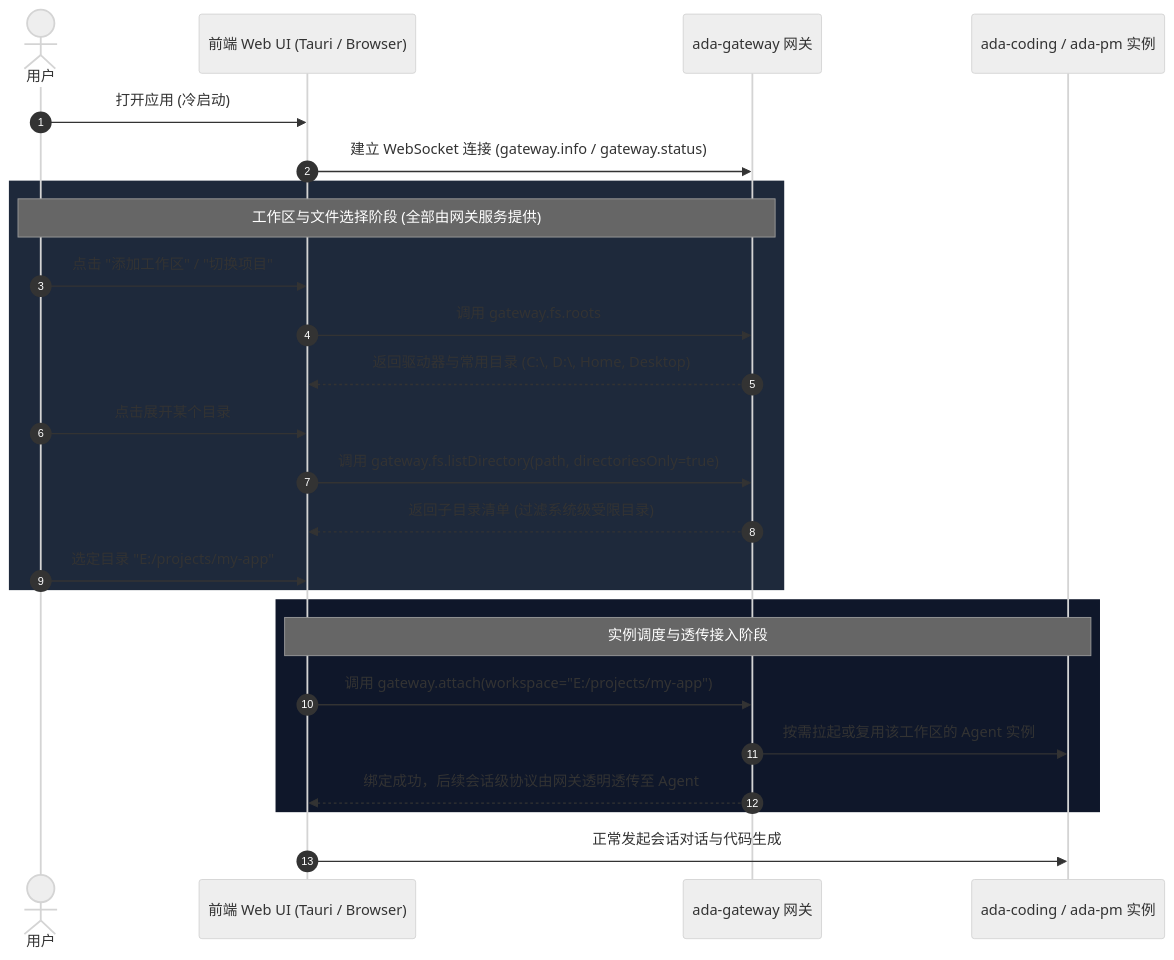
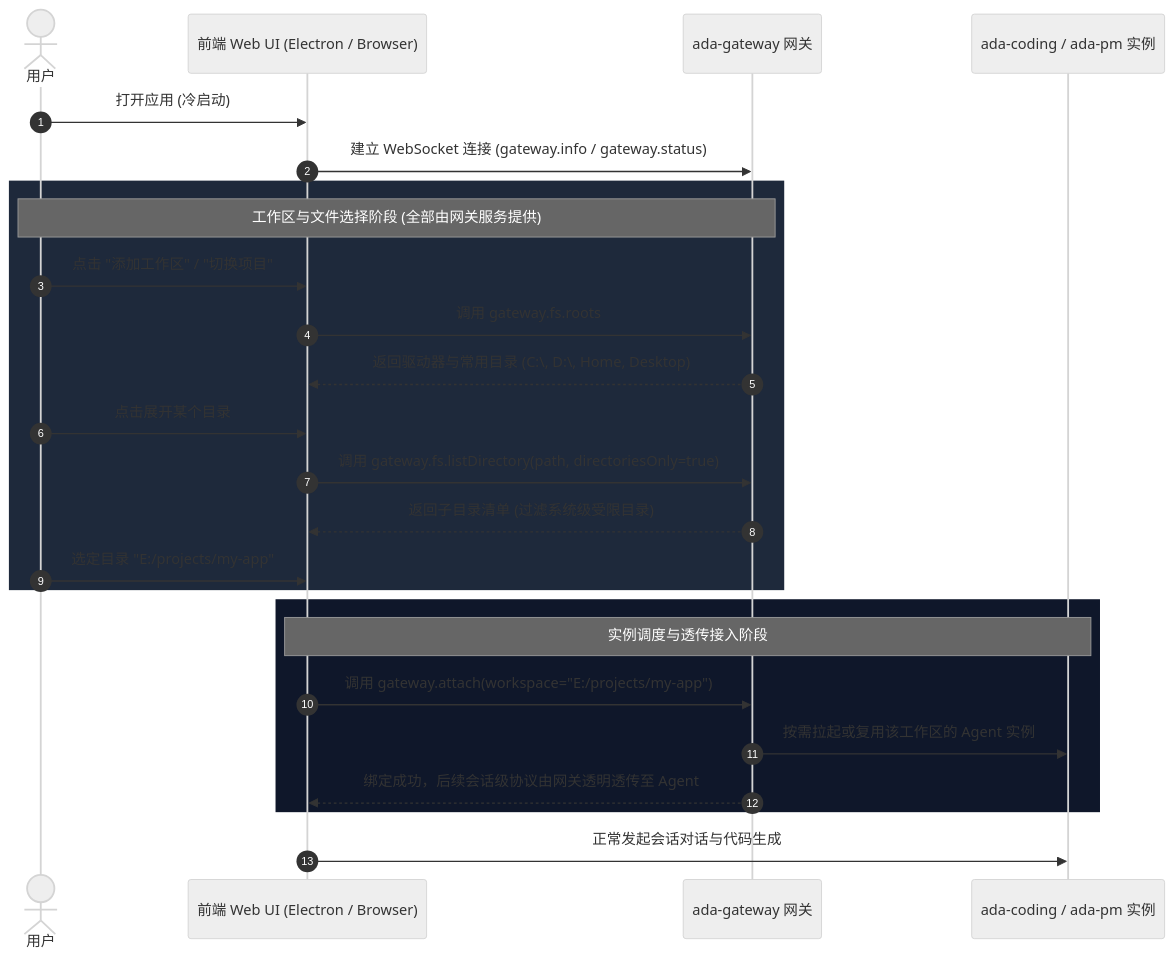
Before and after one commit to issueye/a_da: the first of 2 diagrams in docs/gateway-workspace-and-thin-client-design.md, drawn with Mermaid (neutral theme). The commit also changed other lines of this file and 86 other files, not shown here.

````diff
--- a/docs/gateway-workspace-and-thin-client-design.md
+++ b/docs/gateway-workspace-and-thin-client-design.md
@@ -89,31 +89,31 @@
 ```mermaid
 sequenceDiagram
     autonumber
     actor User as 用户
-    participant UI as 前端 Web UI (Tauri / Browser)
+    participant UI as 前端 Web UI (Electron / Browser)
     participant GW as ada-gateway 网关
     participant AG as ada-coding / ada-pm 实例
 
     User->>UI: 打开应用 (冷启动)
     UI->>GW: 建立 WebSocket 连接 (gateway.info / gateway.status)
     
     rect rgb(30, 41, 59)
     Note over User,GW: 工作区与文件选择阶段 (全部由网关服务提供)
     User->>UI: 点击 "添加工作区" / "切换项目"
     UI->>GW: 调用 gateway.fs.roots
     GW-->>UI: 返回驱动器与常用目录 (C:\, D:\, Home, Desktop)
     User->>UI: 点击展开某个目录
     UI->>GW: 调用 gateway.fs.listDirectory(path, directoriesOnly=true)
     GW-->>UI: 返回子目录清单 (过滤系统级受限目录)
     User->>UI: 选定目录 "E:/projects/my-app"
     end
 
     rect rgb(15, 23, 42)
     Note over UI,AG: 实例调度与透传接入阶段
     UI->>GW: 调用 gateway.attach(workspace="E:/projects/my-app")
     GW->>AG: 按需拉起或复用该工作区的 Agent 实例
     GW-->>UI: 绑定成功，后续会话级协议由网关透明透传至 Agent
     end
 
     UI->>AG: 正常发起会话对话与代码生成
 ```
````
